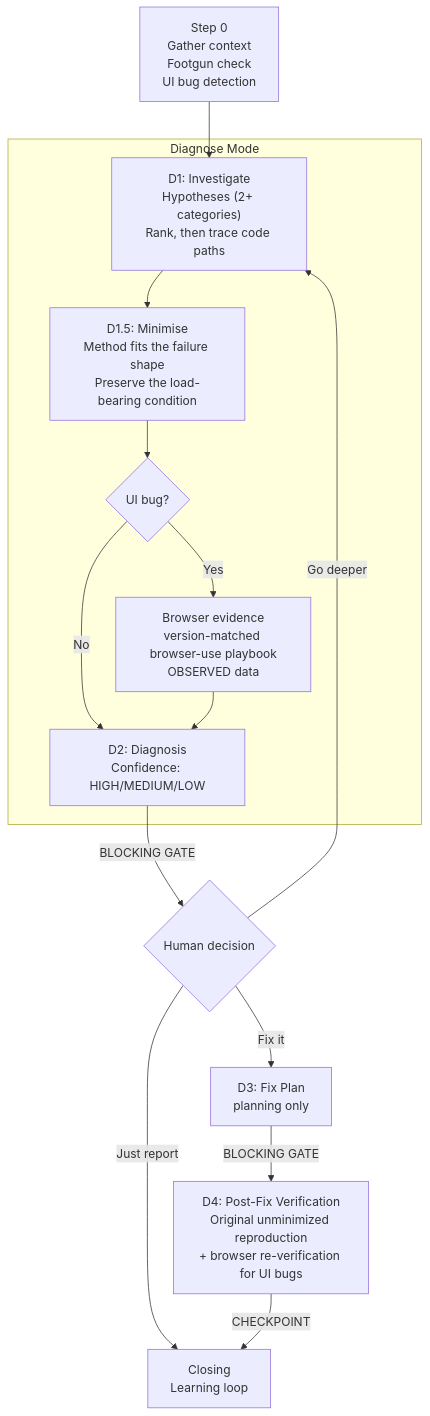
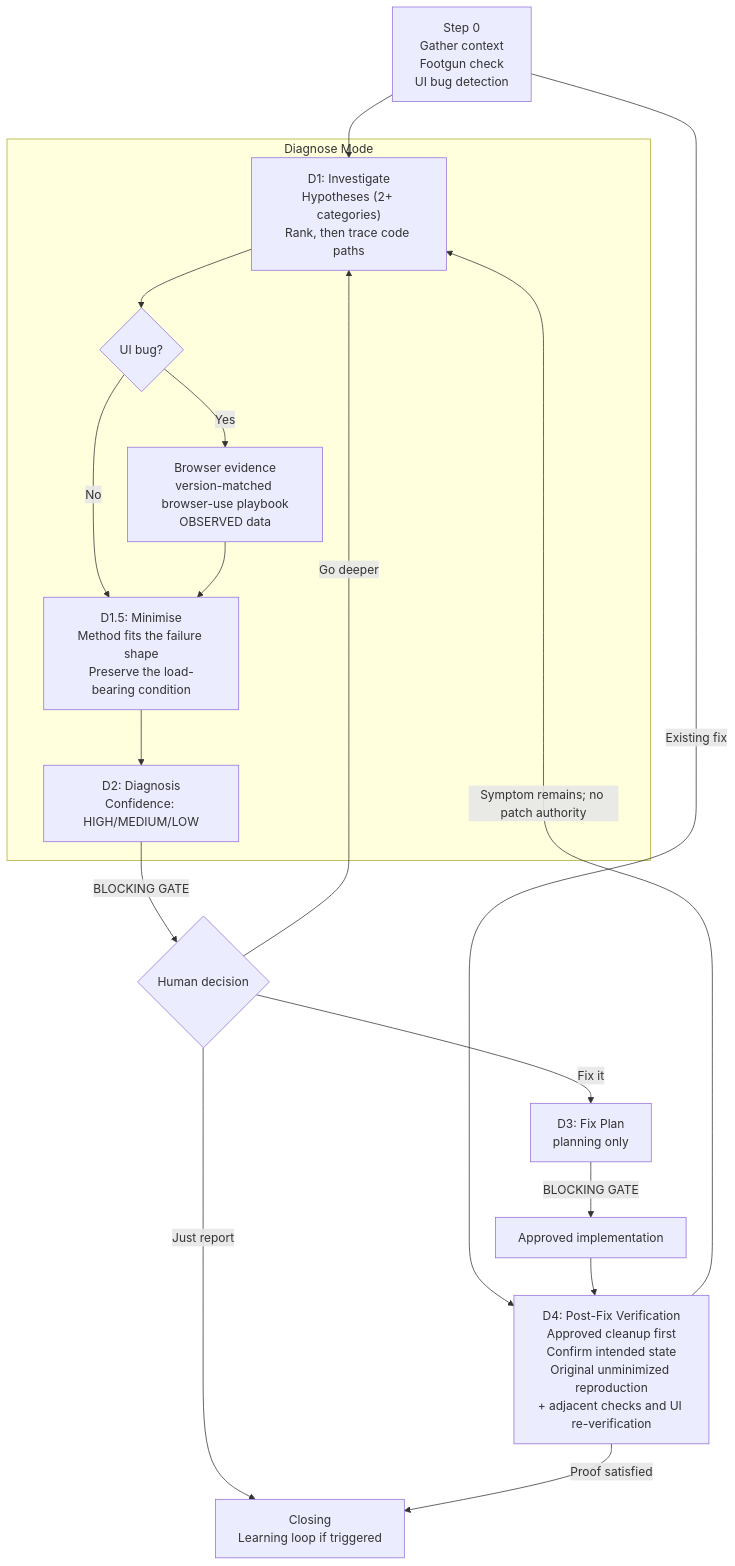
The third of 9 diagrams in docs/skills.md (blundergoat/goat-flow), drawn with Mermaid before and after one commit. The commit also changed other lines of this file, not shown here.

Commit message:
docs(core): route UI evidence through D1
- document `browser-use` evidence capture during D1 investigation
- route non-UI cases through D1.5 minimization before diagnosis

````diff
--- a/docs/skills.md
+++ b/docs/skills.md
@@ -132,19 +132,22 @@
 ```mermaid
 flowchart TD
     S0["Step 0\nGather context\nFootgun check\nUI bug detection"] --> D1
+    S0 -->|"Existing fix"| D4
 
     subgraph Diagnose["Diagnose Mode"]
-        D1["D1: Investigate\nHypotheses (2+ categories)\nRank, then trace code paths"] --> D15["D1.5: Minimise\nMethod fits the failure shape\nPreserve the load-bearing condition"]
-        D15 --> BrowserCheck{UI bug?}
+        D1["D1: Investigate\nHypotheses (2+ categories)\nRank, then trace code paths"] --> BrowserCheck{UI bug?}
         BrowserCheck -->|Yes| Browser["Browser evidence\nversion-matched browser-use playbook\nOBSERVED data"]
-        BrowserCheck -->|No| D2
-        Browser --> D2["D2: Diagnosis\nConfidence: HIGH/MEDIUM/LOW"]
+        BrowserCheck -->|No| D15
+        Browser --> D15["D1.5: Minimise\nMethod fits the failure shape\nPreserve the load-bearing condition"]
+        D15 --> D2["D2: Diagnosis\nConfidence: HIGH/MEDIUM/LOW"]
     end
 
     D2 -->|"BLOCKING GATE"| Decision{Human decision}
     Decision -->|"Fix it"| D3["D3: Fix Plan\nplanning only"]
     Decision -->|"Go deeper"| D1
     Decision -->|"Just report"| Close
-    D3 -->|"BLOCKING GATE"| D4["D4: Post-Fix Verification\nOriginal unminimized reproduction\n+ browser re-verification for UI bugs"]
-    D4 -->|"CHECKPOINT"| Close["Closing\nLearning loop"]
+    D3 -->|"BLOCKING GATE"| Implement["Approved implementation"]
+    Implement --> D4["D4: Post-Fix Verification\nApproved cleanup first\nConfirm intended state\nOriginal unminimized reproduction\n+ adjacent checks and UI re-verification"]
+    D4 -->|"Symptom remains; no patch authority"| D1
+    D4 -->|"Proof satisfied"| Close["Closing\nLearning loop if triggered"]
 ```
````
